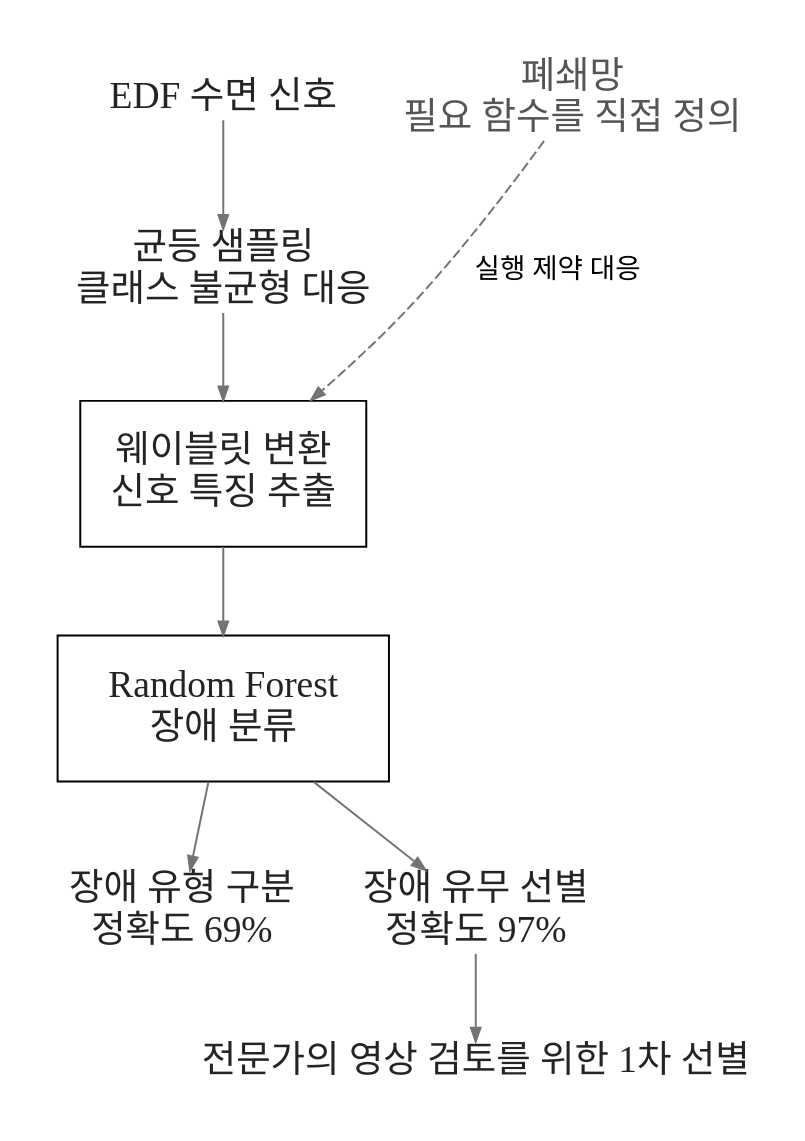
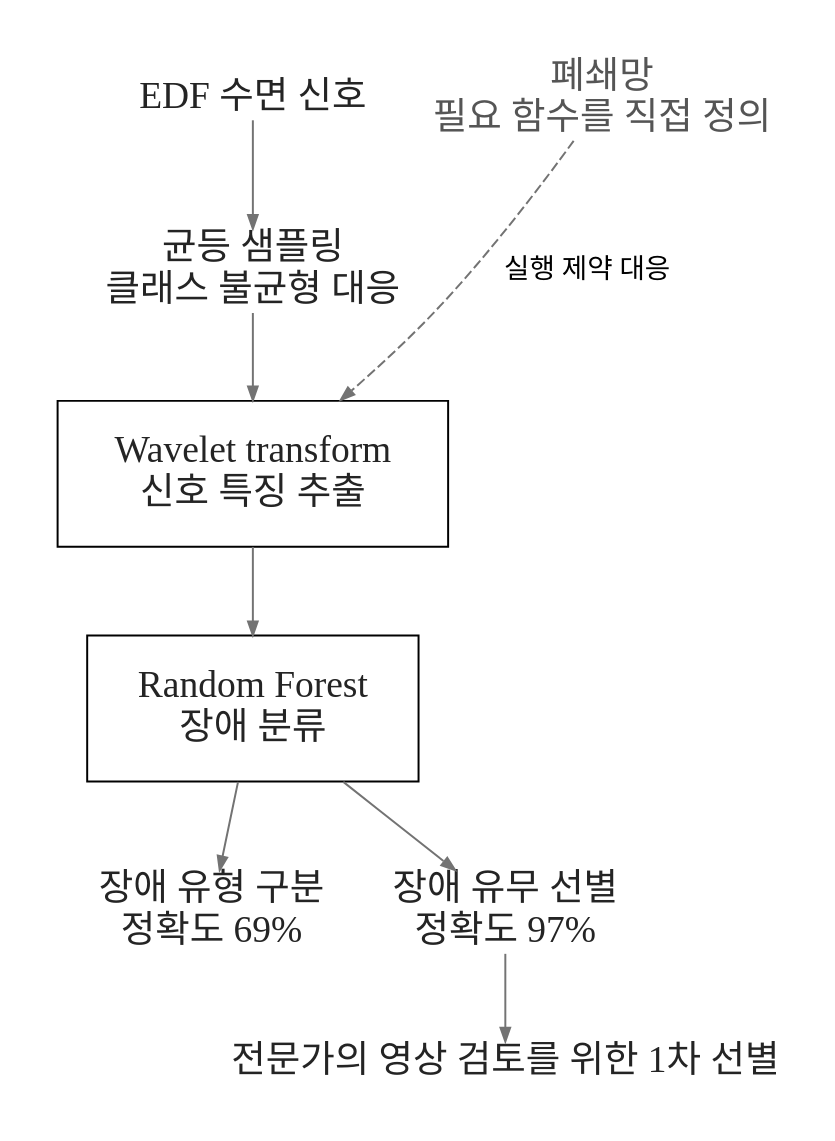
Before and after one commit to kiwibirdstrike/kiwibirdstrike-portfolio: the diagram in assets/projects/sleep-screening.dot, drawn with Graphviz. The commit also changed 6 other files, not shown here.

```diff
--- a/assets/projects/sleep-screening.dot
+++ b/assets/projects/sleep-screening.dot
@@ -1,18 +1,18 @@
 digraph Sleep {
   graph [rankdir=TB, bgcolor="white", pad=0.3, ranksep=0.6, nodesep=0.5];
   node [fontname="Apple SD Gothic Neo", fontsize=19, shape=plain, fontcolor="#242424"];
   edge [fontname="Apple SD Gothic Neo", fontsize=14, color="#737373", arrowsize=0.7];
   edf [label="EDF 수면 신호"];
   sample [label="균등 샘플링\n클래스 불균형 대응"];
-  wavelet [shape=box, margin=0.22, label="웨이블릿 변환\n신호 특징 추출"];
+  wavelet [shape=box, margin=0.22, label="Wavelet transform\n신호 특징 추출"];
   rf [shape=box, margin=0.22, label="Random Forest\n장애 분류"];
   edf -> sample -> wavelet -> rf;
   type [label="장애 유형 구분\n정확도 69%"];
   presence [label="장애 유무 선별\n정확도 97%"];
   rf -> type; rf -> presence;
   {rank=same; type; presence}
   expert [label="전문가의 영상 검토를 위한 1차 선별"];
   presence -> expert;
   implementation [label="폐쇄망\n필요 함수를 직접 정의", fontcolor="#555555"];
   implementation -> wavelet [style=dashed, label="실행 제약 대응", constraint=false];
 }
```
